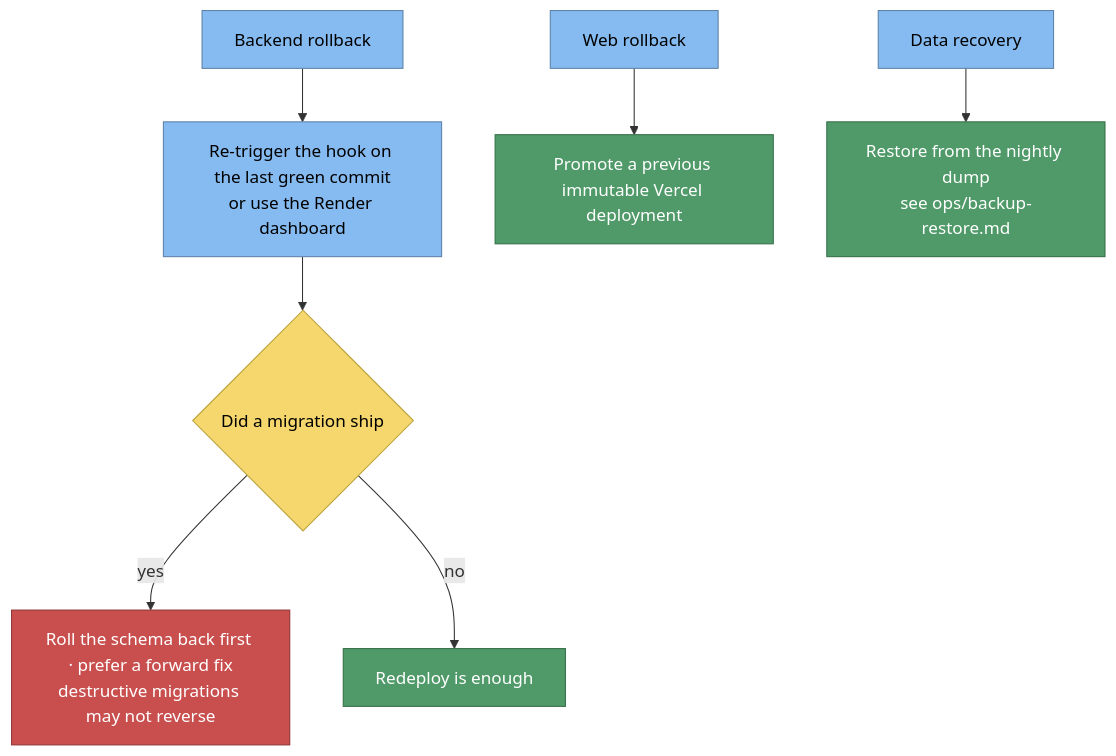
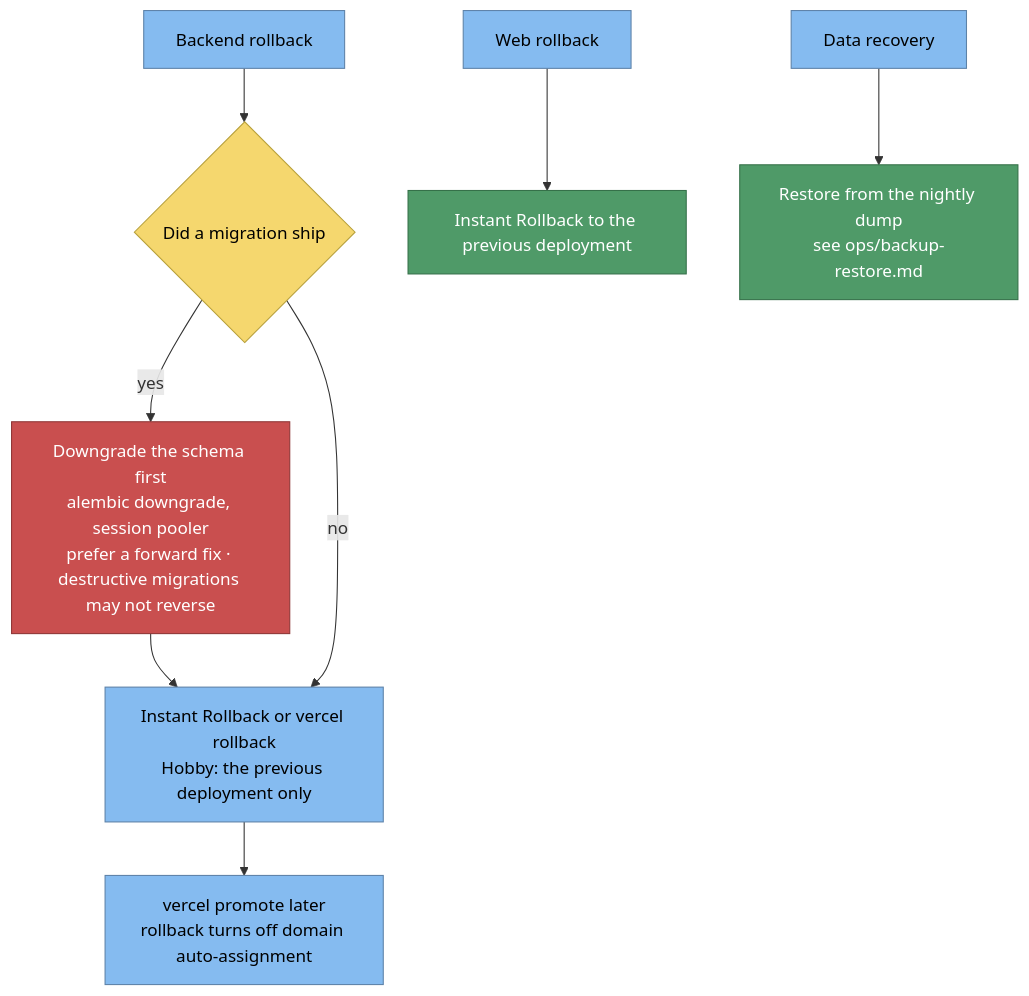
Before and after one commit to namphuongtran/familyroots: the third of 3 diagrams in docs/sad/07-deployment-view.md, drawn with Mermaid. The commit also changed other lines of this file and 15 other files, not shown here.

First line of the commit message:
chore(infra): deploy backend and web to Vercel, migrate in CI, and retire Render (#252)

````diff
--- a/docs/sad/07-deployment-view.md
+++ b/docs/sad/07-deployment-view.md
@@ -123,24 +144,25 @@
 ```mermaid
 graph TB
   b[Backend rollback]:::comp
-  b1[Re-trigger the hook on the last green commit<br/>or use the Render dashboard]:::comp
   bd{Did a migration ship}:::dec
-  b3[Roll the schema back first · prefer a forward fix<br/>destructive migrations may not reverse]:::bad
-  bok[Redeploy is enough]:::good
+  b3[Downgrade the schema first<br/>alembic downgrade, session pooler<br/>prefer a forward fix · destructive migrations may not reverse]:::bad
+  b1[Instant Rollback or vercel rollback<br/>Hobby: the previous deployment only]:::comp
+  bp[vercel promote later<br/>rollback turns off domain auto-assignment]:::comp
   w[Web rollback]:::comp
-  w1[Promote a previous immutable Vercel deployment]:::good
+  w1[Instant Rollback to the previous deployment]:::good
   d[Data recovery]:::comp
   d1[Restore from the nightly dump<br/>see ops/backup-restore.md]:::good
 
-  b --> b1
-  b1 --> bd
+  b --> bd
   bd -->|yes| b3
-  bd -->|no| bok
+  b3 --> b1
+  bd -->|no| b1
+  b1 --> bp
   w --> w1
   d --> d1
 
   classDef comp fill:#85bbf0,stroke:#5d82a8,color:#000000
   classDef dec fill:#f5d76e,stroke:#b8a13c,color:#000000
   classDef good fill:#4f9a68,stroke:#357049,color:#ffffff
   classDef bad fill:#c94f4f,stroke:#8f3636,color:#ffffff
 ```
````
